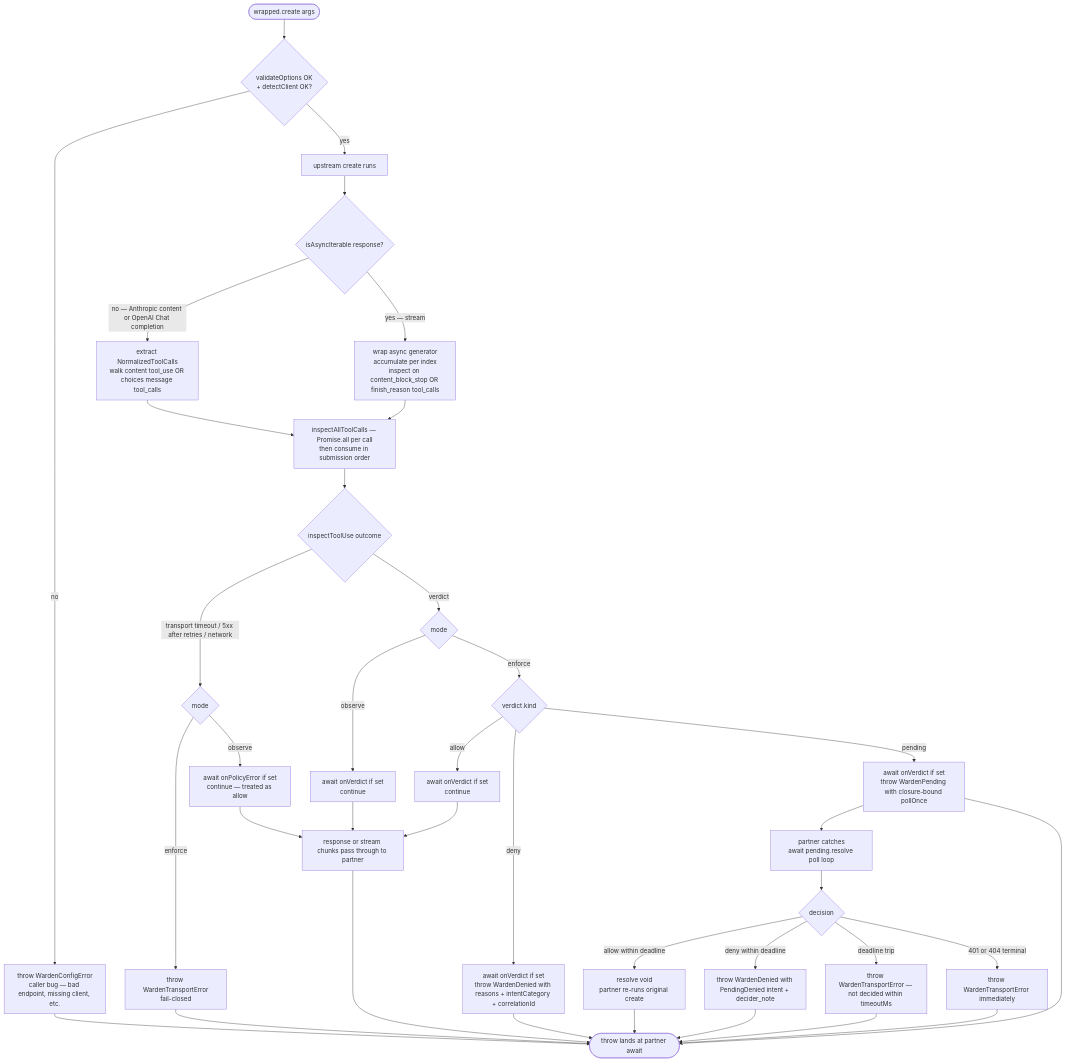
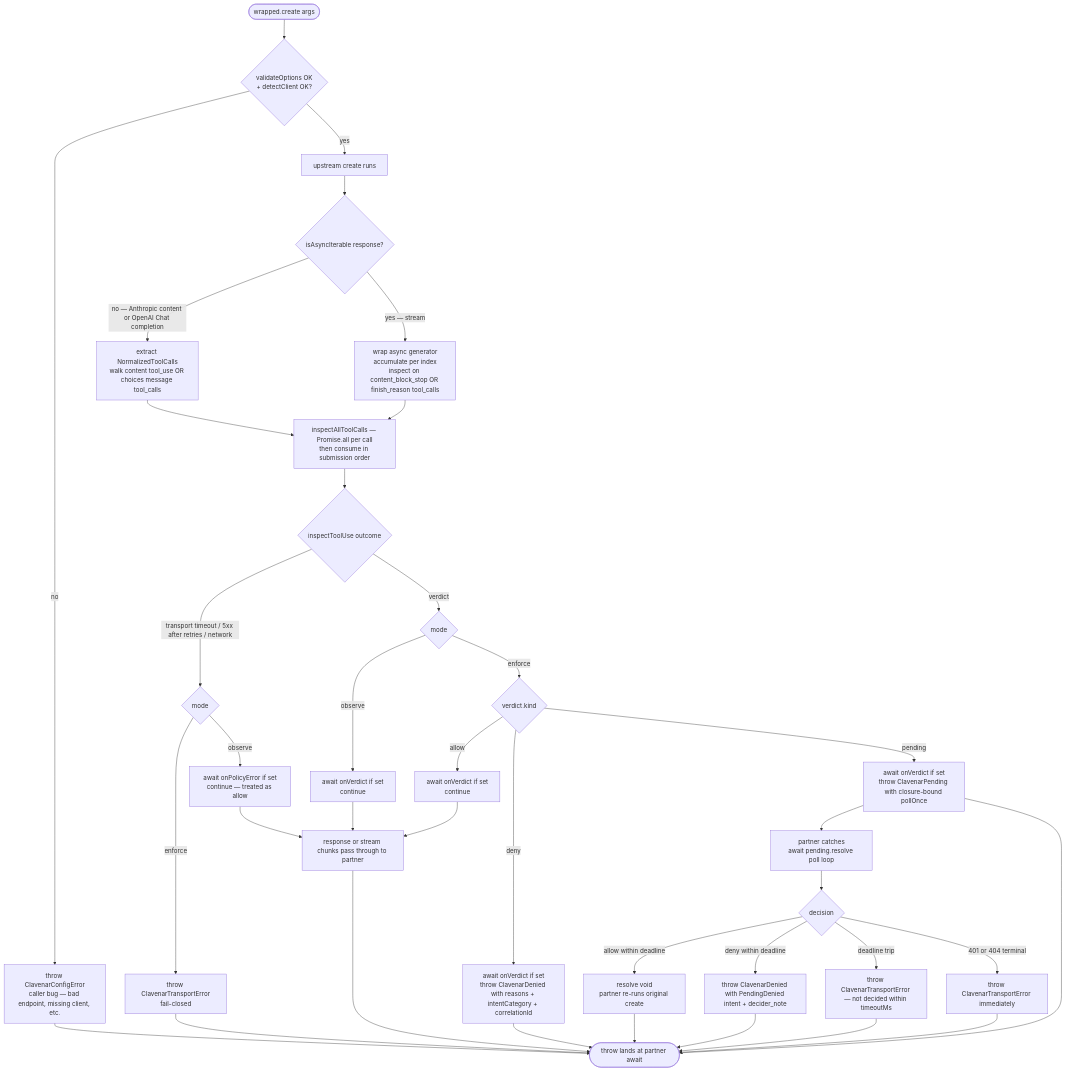
Before and after one commit to clavenar/clavenar-typescript-sdk: the sixth of 6 diagrams in docs/SEQUENCES.md, drawn with Mermaid. The commit also changed other lines of this file and 41 other files, not shown here.

First line of the commit message:
rename product Agent Warden → Clavenar

````diff
--- a/docs/SEQUENCES.md
+++ b/docs/SEQUENCES.md
@@ -297,46 +297,46 @@
 ```mermaid
 flowchart TD
     Start([wrapped.create args]) --> Cfg{validateOptions OK<br/>+ detectClient OK?}
-    Cfg -->|no| Cerr[throw WardenConfigError<br/>caller bug — bad endpoint, missing client, etc.]
+    Cfg -->|no| Cerr[throw ClavenarConfigError<br/>caller bug — bad endpoint, missing client, etc.]
     Cfg -->|yes| Up[upstream create runs]
 
     Up --> Shape{isAsyncIterable response?}
     Shape -->|no — Anthropic content or OpenAI Chat completion| Sync[extract NormalizedToolCalls<br/>walk content tool_use OR choices message tool_calls]
     Shape -->|yes — stream| Stream[wrap async generator<br/>accumulate per index<br/>inspect on content_block_stop OR finish_reason tool_calls]
 
     Sync --> Loop[inspectAllToolCalls — Promise.all per call<br/>then consume in submission order]
     Stream --> Loop
 
     Loop --> Insp{inspectToolUse outcome}
     Insp -->|transport timeout / 5xx after retries / network| Tport{mode}
-    Tport -->|enforce| Te[throw WardenTransportError<br/>fail-closed]
+    Tport -->|enforce| Te[throw ClavenarTransportError<br/>fail-closed]
     Tport -->|observe| Toe[await onPolicyError if set<br/>continue — treated as allow]
 
     Insp -->|verdict| Mode{mode}
     Mode -->|observe| Obs[await onVerdict if set<br/>continue]
     Mode -->|enforce| Vk{verdict.kind}
     Vk -->|allow| Ok[await onVerdict if set<br/>continue]
-    Vk -->|deny| Dn[await onVerdict if set<br/>throw WardenDenied with reasons + intentCategory + correlationId]
-    Vk -->|pending| Pn[await onVerdict if set<br/>throw WardenPending with closure-bound pollOnce]
+    Vk -->|deny| Dn[await onVerdict if set<br/>throw ClavenarDenied with reasons + intentCategory + correlationId]
+    Vk -->|pending| Pn[await onVerdict if set<br/>throw ClavenarPending with closure-bound pollOnce]
 
     Pn --> Resolve[partner catches<br/>await pending.resolve poll loop]
     Resolve --> Rd{decision}
     Rd -->|allow within deadline| Rok[resolve void<br/>partner re-runs original create]
-    Rd -->|deny within deadline| Rdn[throw WardenDenied with PendingDenied intent + decider_note]
-    Rto[throw WardenTransportError — not decided within timeoutMs]
+    Rd -->|deny within deadline| Rdn[throw ClavenarDenied with PendingDenied intent + decider_note]
+    Rto[throw ClavenarTransportError — not decided within timeoutMs]
     Rd -->|deadline trip| Rto
-    Rd -->|401 or 404 terminal| Rterm[throw WardenTransportError immediately]
+    Rd -->|401 or 404 terminal| Rterm[throw ClavenarTransportError immediately]
 
     Obs --> Pass[response or stream chunks pass through to partner]
     Ok --> Pass
     Toe --> Pass
     Te --> End([throw lands at partner await])
     Dn --> End
     Pn --> End
     Cerr --> End
     Pass --> End
     Rok --> End
     Rdn --> End
     Rto --> End
     Rterm --> End
 ```
````
